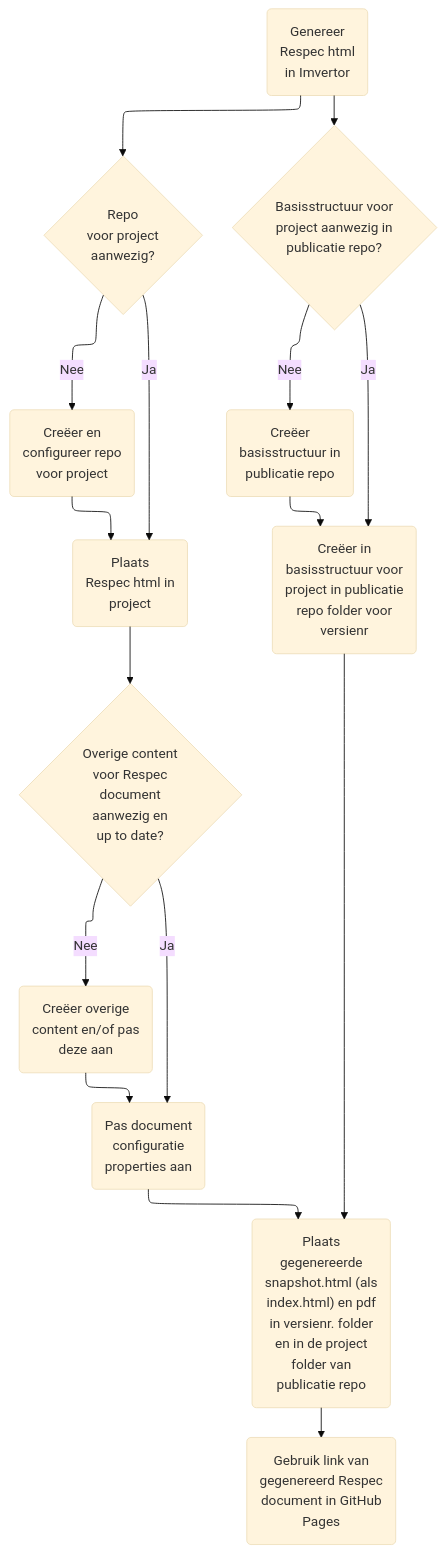
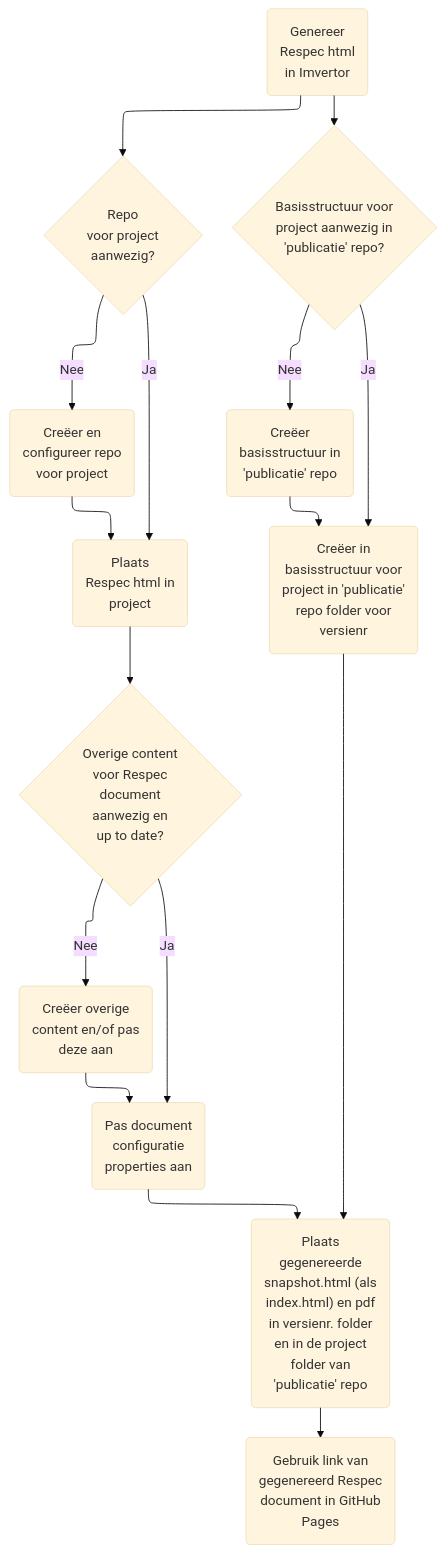
One commit to melsk-r/VNG-R-Respec-Template changed the diagram in mermaid.md. Above: the diagram before and after it, drawn with Mermaid (base theme).

````diff
--- a/mermaid.md
+++ b/mermaid.md
@@ -7,19 +7,19 @@
 ```mermaid
 %%{init: {"flowchart": {"defaultRenderer": "elk"}} }%%
 graph TD;
     A("Genereer<br/>Respec html<br/>in Imvertor")-->B{"Repo<br/>voor project<br/>aanwezig?"};
     B{"Repo<br/>voor project<br/>aanwezig?"}--Nee-->C("Creëer en<br/>configureer repo<br/>voor project");
     B{"Repo<br/>voor project<br/>aanwezig?"}--Ja-->D("Plaats<br/>Respec html in<br/>project");
     C("Creëer en<br/>configureer repo<br/>voor project")-->D("Plaats<br/>Respec html in<br/>project");
     D("Plaats<br/>Respec html in<br/>project")-->E{"Overige content<br/>voor Respec<br/>document<br/>aanwezig en<br/>up to date?"};
     E{"Overige content<br/>voor Respec<br/>document<br/>aanwezig en<br/>up to date?"}--Nee-->F("Creëer overige<br/>content en/of pas<br/>deze aan");
     E{"Overige content<br/>voor Respec<br/>document<br/>aanwezig en<br/>up to date?"}--Ja-->G("Pas document<br/>configuratie<br/>properties aan");
     F("Creëer overige<br/>content en/of pas<br/>deze aan")-->G("Pas document<br/>configuratie<br/>properties aan");
-    A("Genereer<br/>Respec html<br/>in Imvertor")-->H{"Basisstructuur voor<br/>project aanwezig in<br/>publicatie repo?"};
-    H{"Basisstructuur voor<br/>project aanwezig in<br/>publicatie repo?"}--Nee-->I("Creëer<br/>basisstructuur in<br/>publicatie repo");
-    H{"Basisstructuur voor<br/>project aanwezig in<br/>publicatie repo?"}--Ja-->J("Creëer in<br/>basisstructuur voor<br/>project in publicatie<br/>repo folder voor<br/>versienr");
-    I("Creëer<br/>basisstructuur in<br/>publicatie repo")-->J("Creëer in<br/>basisstructuur voor<br/>project in publicatie<br/>repo folder voor<br/>versienr");
-    G("Pas document<br/>configuratie<br/>properties aan")-->K("Plaats<br/>gegenereerde<br/>snapshot.html (als<br/>index.html) en pdf<br/>in versienr. folder<br/>en in de project<br/>folder van<br/>publicatie repo");
-    J("Creëer in<br/>basisstructuur voor<br/>project in publicatie<br/>repo folder voor<br/>versienr")-->K("Plaats<br/>gegenereerde<br/>snapshot.html (als<br/>index.html) en pdf<br/>in versienr. folder<br/>en in de project<br/>folder van<br/>publicatie repo");
-    K("Plaats<br/>gegenereerde<br/>snapshot.html (als<br/>index.html) en pdf<br/>in versienr. folder<br/>en in de project<br/>folder van<br/>publicatie repo")-->L("Gebruik link van<br/>gegenereerd Respec<br/>document in GitHub<br/>Pages");
+    A("Genereer<br/>Respec html<br/>in Imvertor")-->H{"Basisstructuur voor<br/>project aanwezig in<br/>'publicatie' repo?"};
+    H{"Basisstructuur voor<br/>project aanwezig in<br/>'publicatie' repo?"}--Nee-->I("Creëer<br/>basisstructuur in<br/>'publicatie' repo");
+    H{"Basisstructuur voor<br/>project aanwezig in<br/>'publicatie' repo?"}--Ja-->J("Creëer in<br/>basisstructuur voor<br/>project in 'publicatie'<br/>repo folder voor<br/>versienr");
+    I("Creëer<br/>basisstructuur in<br/>'publicatie' repo")-->J("Creëer in<br/>basisstructuur voor<br/>project in 'publicatie'<br/>repo folder voor<br/>versienr");
+    G("Pas document<br/>configuratie<br/>properties aan")-->K("Plaats<br/>gegenereerde<br/>snapshot.html (als<br/>index.html) en pdf<br/>in versienr. folder<br/>en in de project<br/>folder van<br/>'publicatie' repo");
+    J("Creëer in<br/>basisstructuur voor<br/>project in 'publicatie'<br/>repo folder voor<br/>versienr")-->K("Plaats<br/>gegenereerde<br/>snapshot.html (als<br/>index.html) en pdf<br/>in versienr. folder<br/>en in de project<br/>folder van<br/>'publicatie' repo");
+    K("Plaats<br/>gegenereerde<br/>snapshot.html (als<br/>index.html) en pdf<br/>in versienr. folder<br/>en in de project<br/>folder van<br/>'publicatie' repo")-->L("Gebruik link van<br/>gegenereerd Respec<br/>document in GitHub<br/>Pages");
 ```
````
